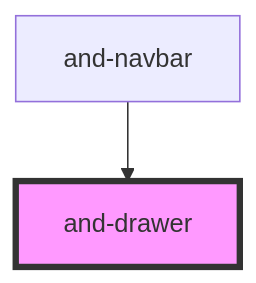
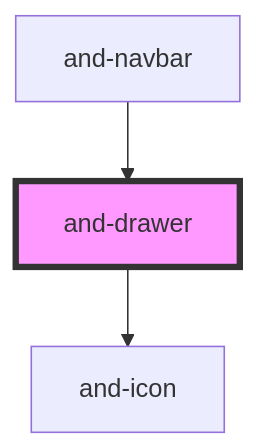
Before and after one commit to Andersseen/and-web-components: the diagram in packages/stencil-library/src/components/and-drawer/readme.md, drawn with Mermaid. The commit also changed other lines of this file and 6 other files, not shown here.

Commit message:
feat: update icon components and enhance navbar and drawer integration

````diff
--- a/packages/stencil-library/src/components/and-drawer/readme.md
+++ b/packages/stencil-library/src/components/and-drawer/readme.md
@@ -32,5 +36,6 @@
 ```mermaid
 graph TD;
+  and-drawer --> and-icon
   and-navbar --> and-drawer
   style and-drawer fill:#f9f,stroke:#333,stroke-width:4px
 ```
````
